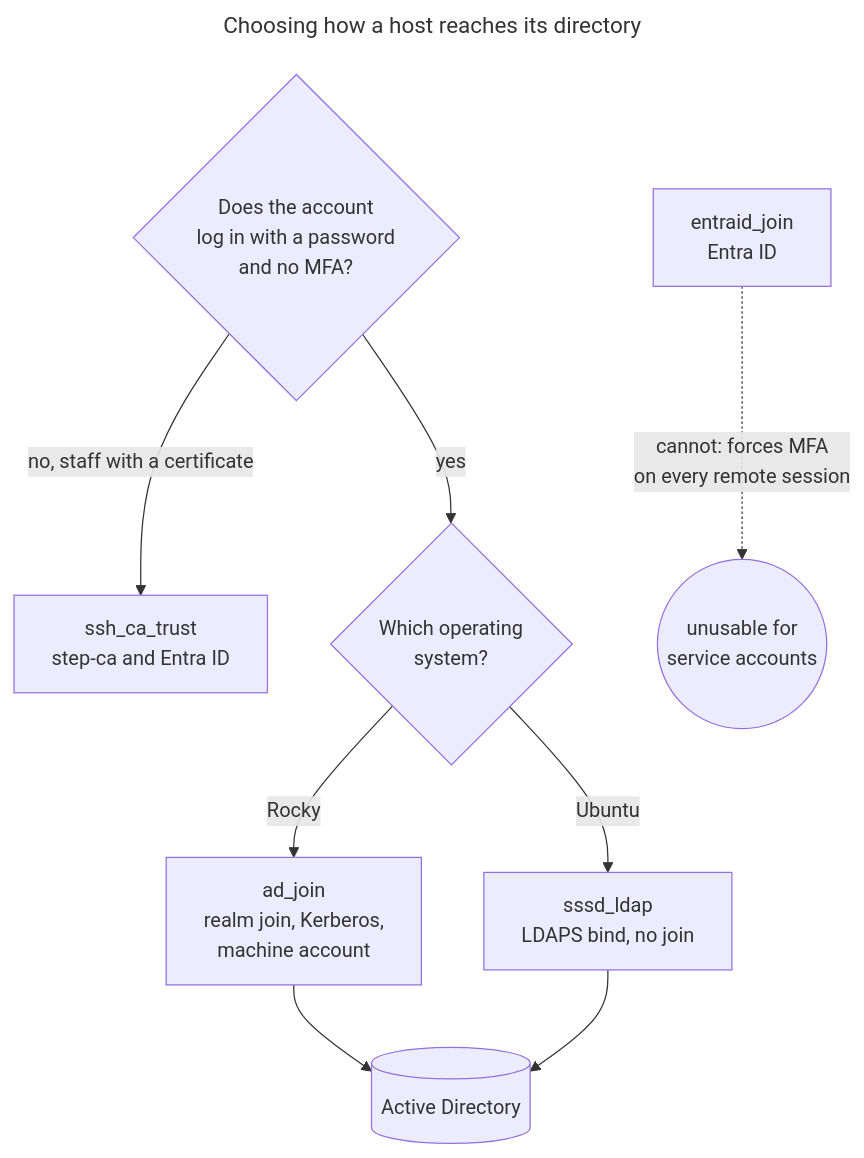
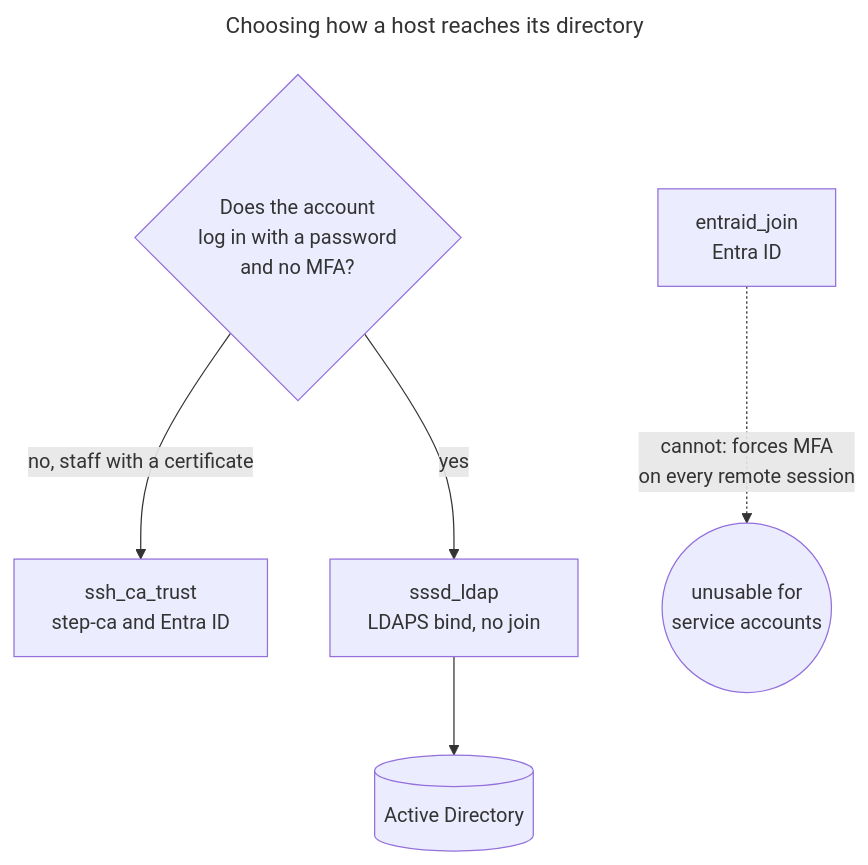
Before and after one commit to pulibrary/princeton_ansible: the third of 3 diagrams in roles/sssd_ldap/AUTH_FLOW.md, drawn with Mermaid. The commit also changed other lines of this file and 14 other files, not shown here.

````diff
--- a/roles/sssd_ldap/AUTH_FLOW.md
+++ b/roles/sssd_ldap/AUTH_FLOW.md
@@ -127,14 +127,11 @@
 ```mermaid
 ---
 title: "Choosing how a host reaches its directory"
 ---
 flowchart TD
   Q{"Does the account<br/>log in with a password<br/>and no MFA?"}
   Q -->|no, staff with a certificate| CA["ssh_ca_trust<br/>step-ca and Entra ID"]
-  Q -->|yes| OS{"Which operating<br/>system?"}
-  OS -->|Rocky| AJ["ad_join<br/>realm join, Kerberos,<br/>machine account"]
-  OS -->|Ubuntu| SL["sssd_ldap<br/>LDAPS bind, no join"]
-  AJ --> AD[("Active Directory")]
-  SL --> AD
+  Q -->|yes| SL["sssd_ldap<br/>LDAPS bind, no join"]
+  SL --> AD[("Active Directory")]
   EN["entraid_join<br/>Entra ID"] -.->|"cannot: forces MFA<br/>on every remote session"| X(("unusable for<br/>service accounts"))
 ```
````
